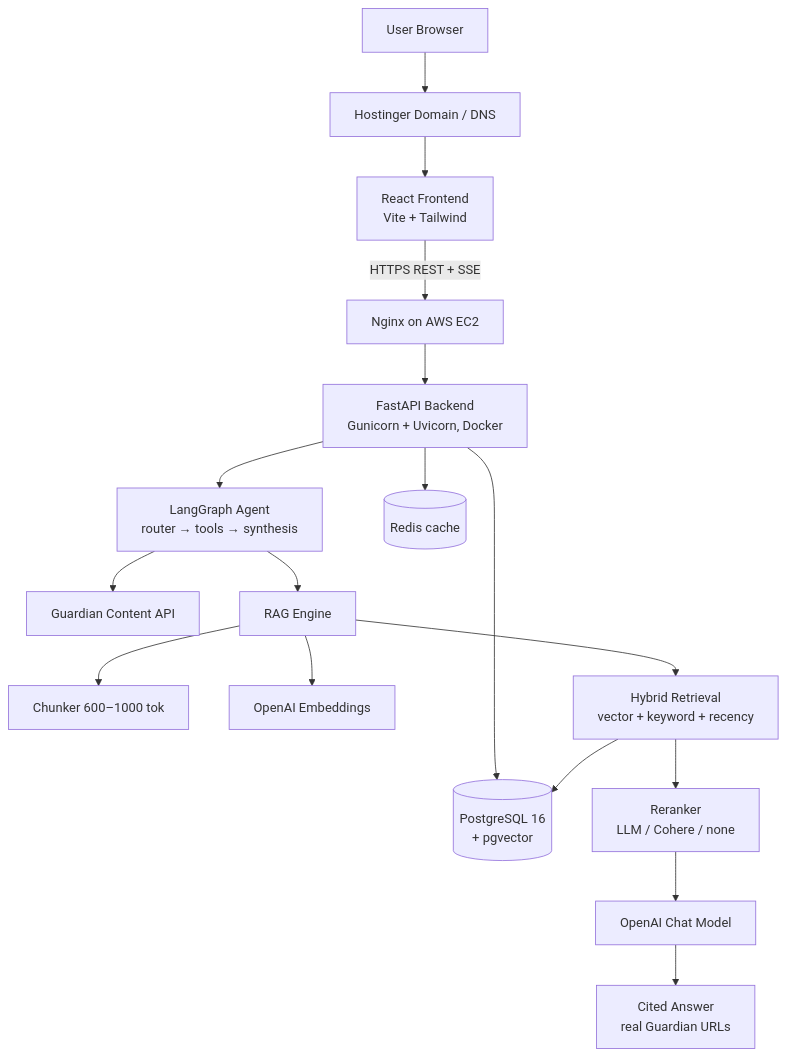
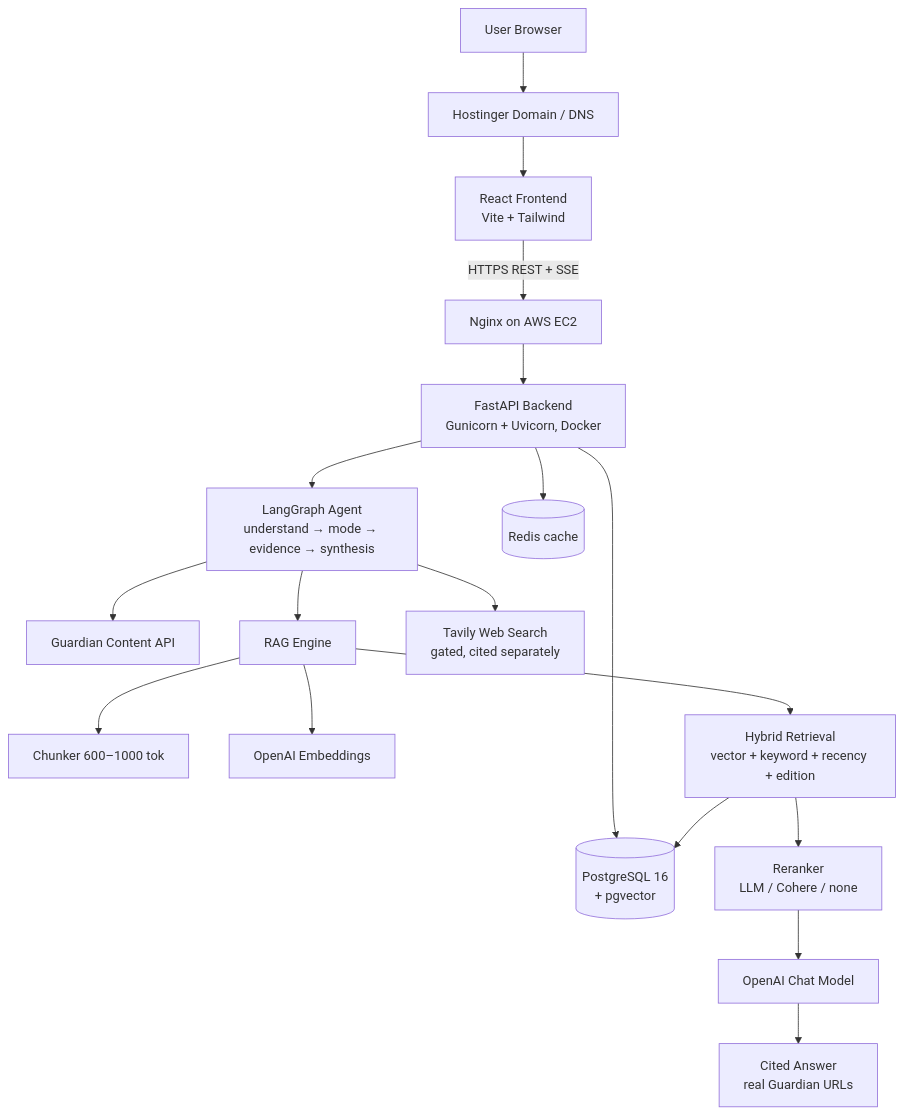
One commit to AJKumarReddy/Agentic-News-app changed the diagram in README.md. Above: the diagram before and after it, drawn with Mermaid. The commit also changed other lines of this file, not shown here.

First line of the commit message:
Update README for the rewritten agent, routing endpoint, and US edition

````diff
--- a/README.md
+++ b/README.md
@@ -13,21 +13,22 @@
 ```mermaid
 flowchart TB
     U[User Browser] --> H[Hostinger Domain / DNS]
     H --> F[React Frontend<br/>Vite + Tailwind]
     F -- HTTPS REST + SSE --> N[Nginx on AWS EC2]
     N --> B[FastAPI Backend<br/>Gunicorn + Uvicorn, Docker]
 
-    B --> AG[LangGraph Agent<br/>router → tools → synthesis]
+    B --> AG[LangGraph Agent<br/>understand → mode → evidence → synthesis]
     B --> PG[(PostgreSQL 16<br/>+ pgvector)]
     B --> R[(Redis cache)]
 
     AG --> G[Guardian Content API]
     AG --> RAG[RAG Engine]
     RAG --> CH[Chunker 600–1000 tok]
     RAG --> EM[OpenAI Embeddings]
-    RAG --> HY[Hybrid Retrieval<br/>vector + keyword + recency]
+    AG --> W[Tavily Web Search<br/>gated, cited separately]
+    RAG --> HY[Hybrid Retrieval<br/>vector + keyword + recency + edition]
     HY --> PG
     HY --> RR[Reranker<br/>LLM / Cohere / none]
     RR --> LLM[OpenAI Chat Model]
     LLM --> C[Cited Answer<br/>real Guardian URLs]
 ```
````
